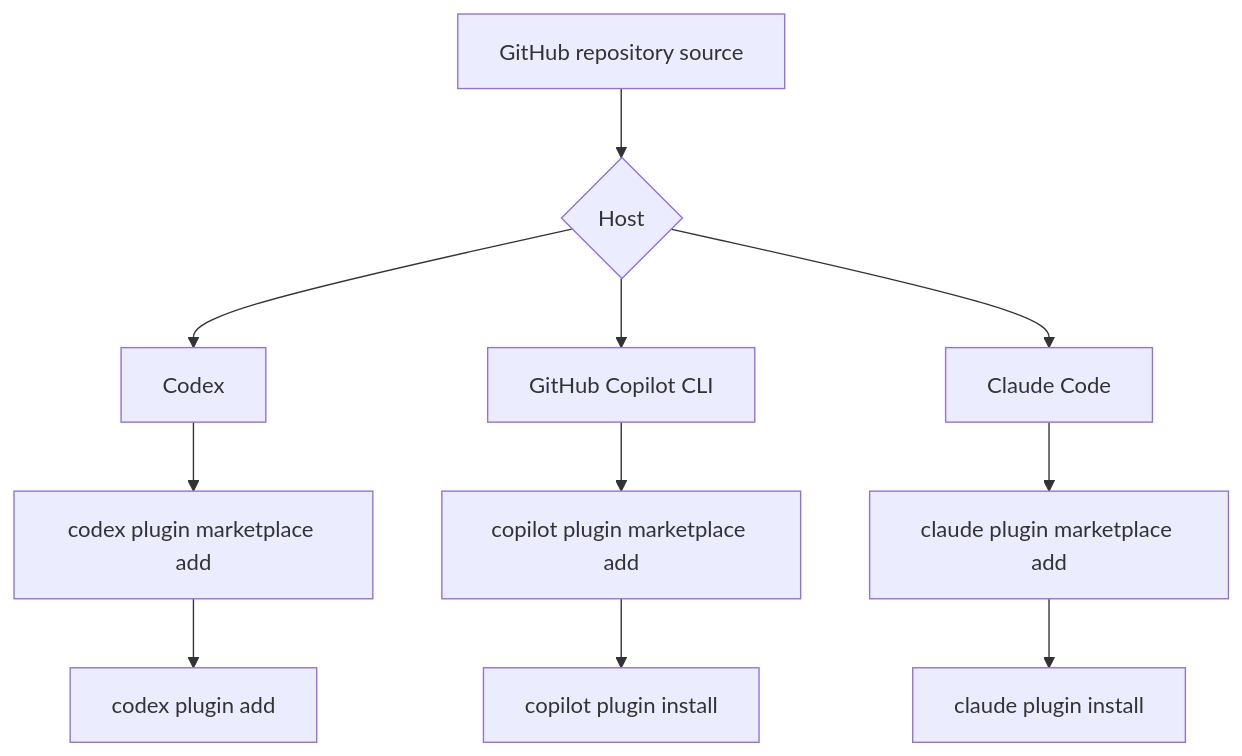
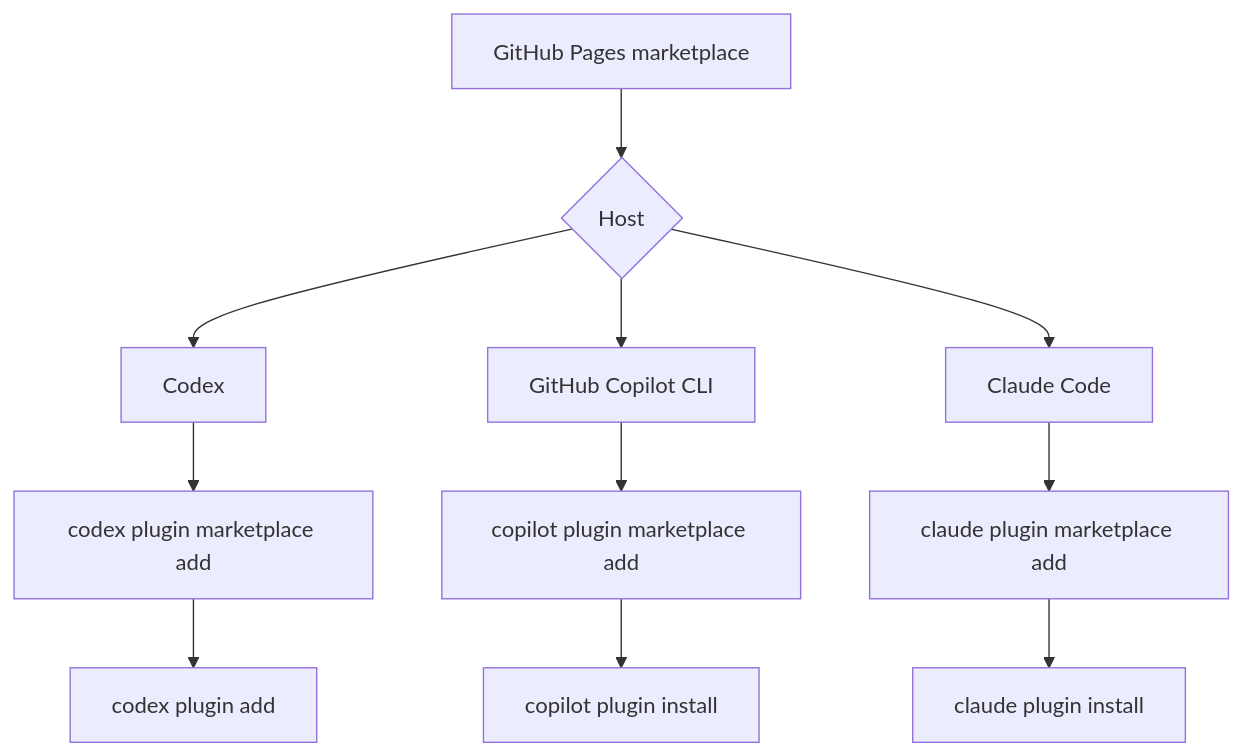
One commit to jleiva-gap/agentic-workflow-skills changed the second of 2 diagrams in README.md. Above: the diagram before and after it, drawn with Mermaid. The commit also changed other lines of this file and 814 other files, not shown here.

````diff
--- a/README.md
+++ b/README.md
@@ -89,13 +89,13 @@
 ```mermaid
 flowchart TB
-    A[GitHub repository source] --> B{Host}
+    A[GitHub Pages marketplace] --> B{Host}
     B --> C[Codex]
     B --> D[GitHub Copilot CLI]
     B --> E[Claude Code]
     C --> C1[codex plugin marketplace add]
     C1 --> C2[codex plugin add]
     D --> D1[copilot plugin marketplace add]
     D1 --> D2[copilot plugin install]
     E --> E1[claude plugin marketplace add]
     E1 --> E2[claude plugin install]
 ```
````
